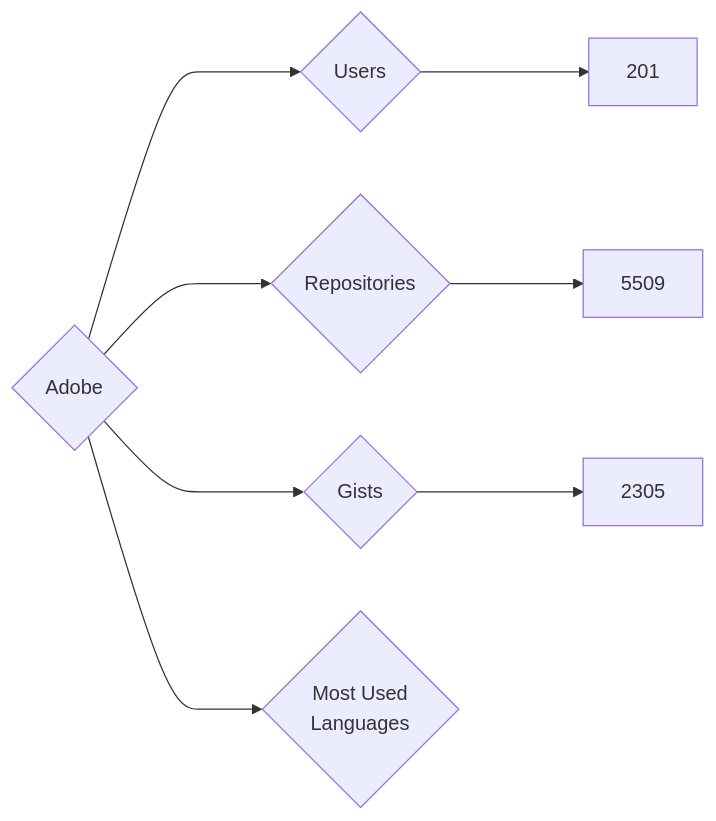
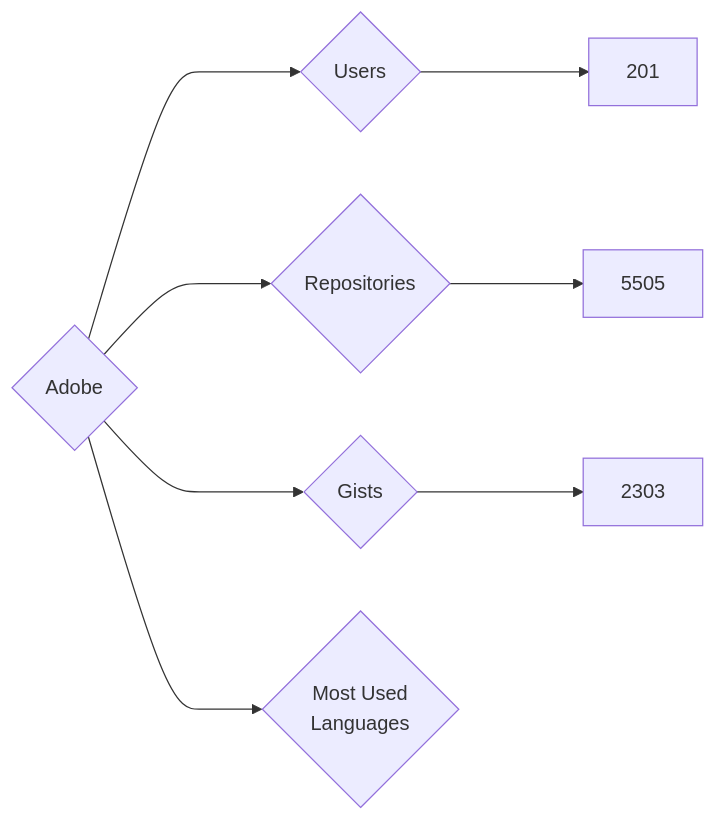
Before and after one commit to nenadzaric/insiders: the diagram in targets/Adobe/README.md, drawn with Mermaid. The commit also changed 21 other files, not shown here.

````diff
--- a/targets/Adobe/README.md
+++ b/targets/Adobe/README.md
@@ -3,8 +3,8 @@
 ```mermaid
 graph LR
 COMPANY_NAME{Adobe}
 COMPANY_NAME ---> U{Users} ---> UN[201]
-COMPANY_NAME ---> R{Repositories} ---> RN[5509]
-COMPANY_NAME ---> G{Gists} ---> GN[2305]
+COMPANY_NAME ---> R{Repositories} ---> RN[5505]
+COMPANY_NAME ---> G{Gists} ---> GN[2303]
 COMPANY_NAME ---> ML{Most Used<br>Languages}
 ```
````
